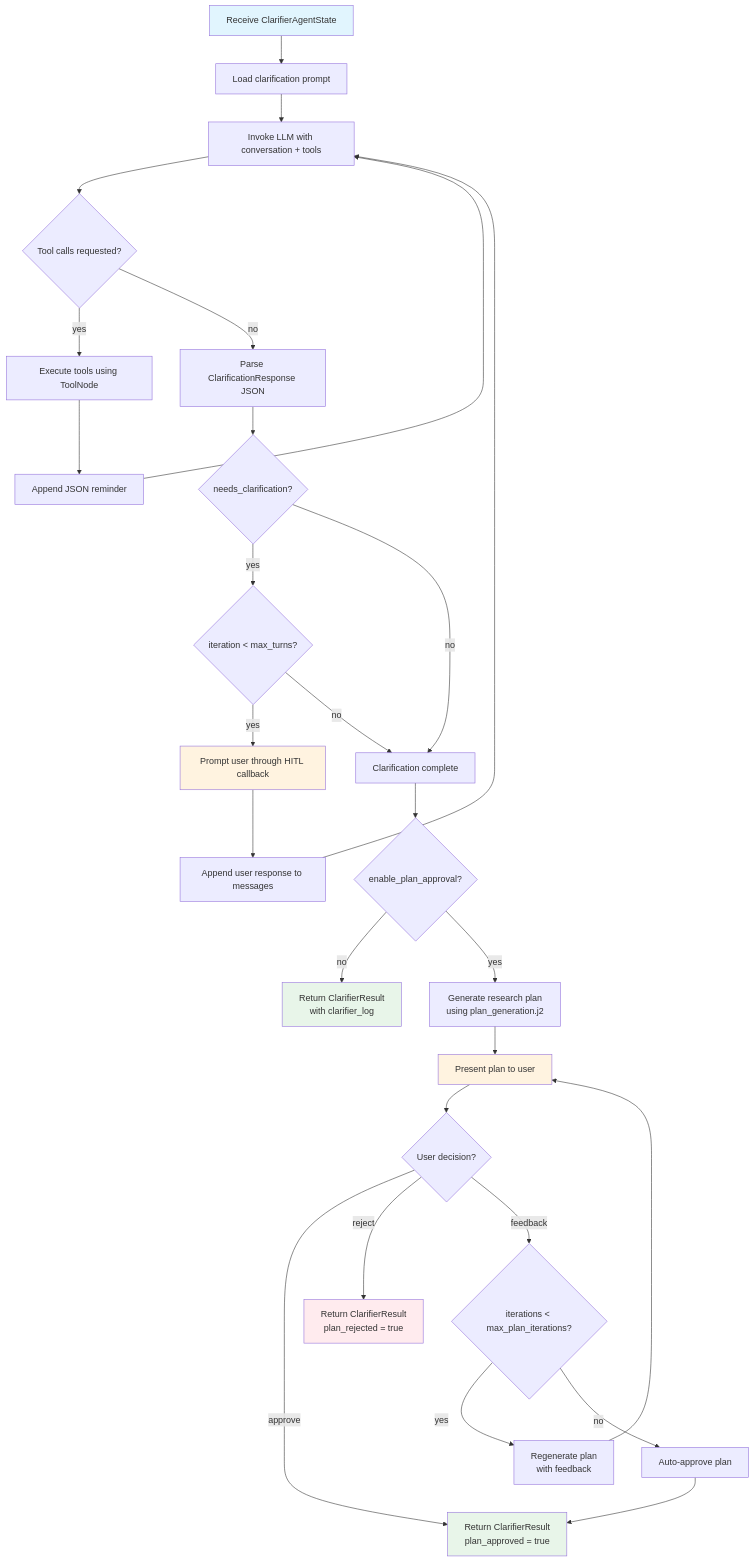
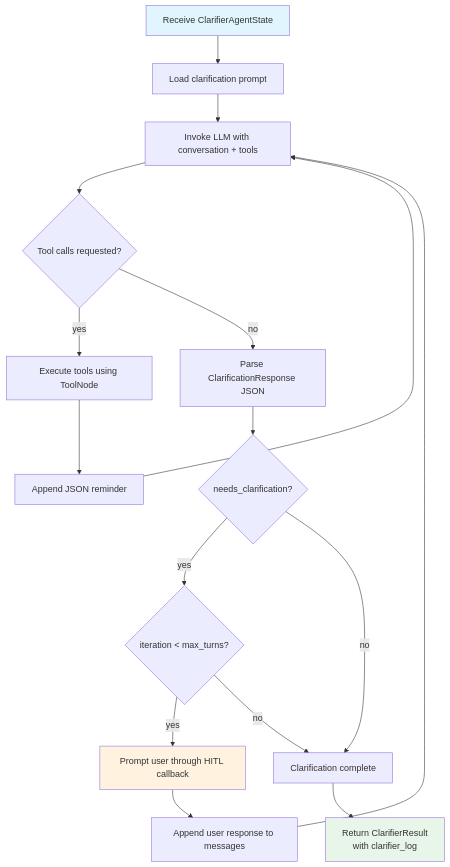
One commit to aalmahrooqi/aiq-financial changed the diagram in docs/source/architecture/agents/clarifier.md. Above: the diagram before and after it, drawn with Mermaid. The commit also changed other lines of this file and 35 other files, not shown here.

First line of the commit message:
refactor(clarifier): remove plan approval; keep context + output-type clarification (#303)

````diff
--- a/docs/source/architecture/agents/clarifier.md
+++ b/docs/source/architecture/agents/clarifier.md
@@ -29,43 +29,26 @@
 ```mermaid
 graph TD
     A[Receive ClarifierAgentState] --> B[Load clarification prompt]
     B --> C[Invoke LLM with conversation + tools]
 
     C --> D{Tool calls requested?}
     D -->|yes| E[Execute tools using ToolNode]
     E --> F[Append JSON reminder]
     F --> C
 
     D -->|no| G[Parse ClarificationResponse JSON]
     G --> H{needs_clarification?}
 
     H -->|yes| I{iteration < max_turns?}
     I -->|yes| J[Prompt user through HITL callback]
     J --> K[Append user response to messages]
     K --> C
     I -->|no| L[Auto-complete clarification]
 
     H -->|no| L[Clarification complete]
-    L --> M{enable_plan_approval?}
-
-    M -->|no| N[Return ClarifierResult<br/>with clarifier_log]
-    M -->|yes| O[Generate research plan<br/>using plan_generation.j2]
-
-    O --> P[Present plan to user]
-    P --> Q{User decision?}
-
-    Q -->|approve| R[Return ClarifierResult<br/>plan_approved = true]
-    Q -->|reject| S[Return ClarifierResult<br/>plan_rejected = true]
-    Q -->|feedback| T{iterations < max_plan_iterations?}
-    T -->|yes| U[Regenerate plan<br/>with feedback]
-    U --> P
-    T -->|no| V[Auto-approve plan]
-    V --> R
+    L --> N[Return ClarifierResult<br/>with clarifier_log]
 
     style A fill:#e1f5fe
     style N fill:#e8f5e9
-    style R fill:#e8f5e9
-    style S fill:#ffebee
     style J fill:#fff3e0
-    style P fill:#fff3e0
 ```
````
